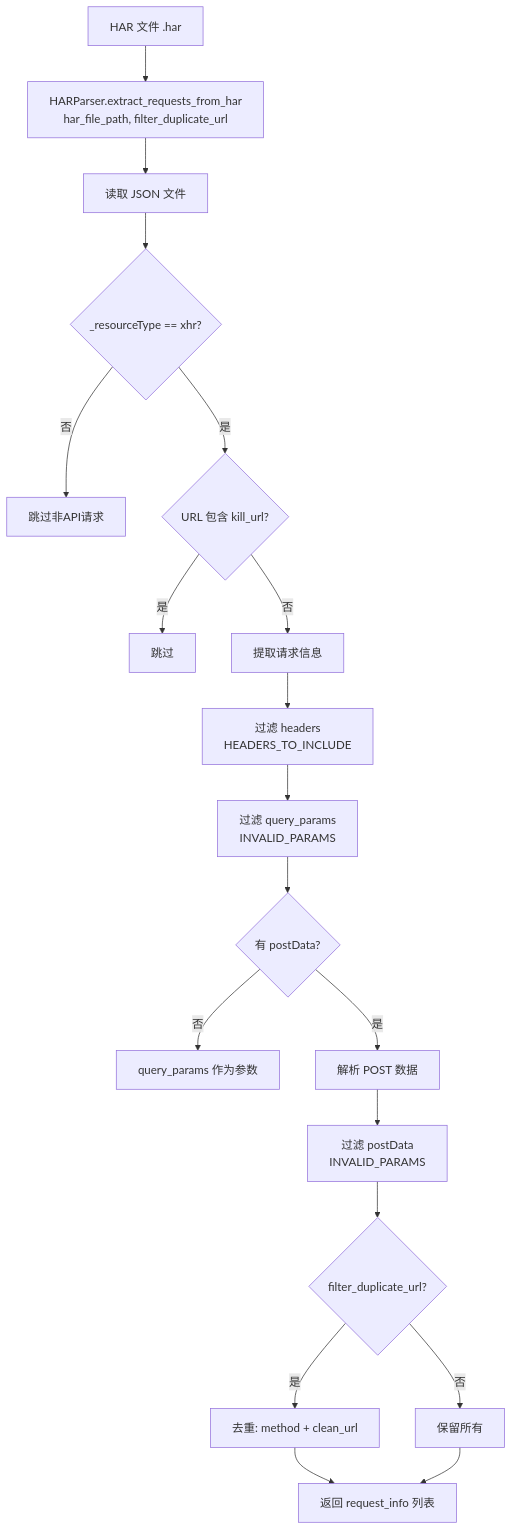
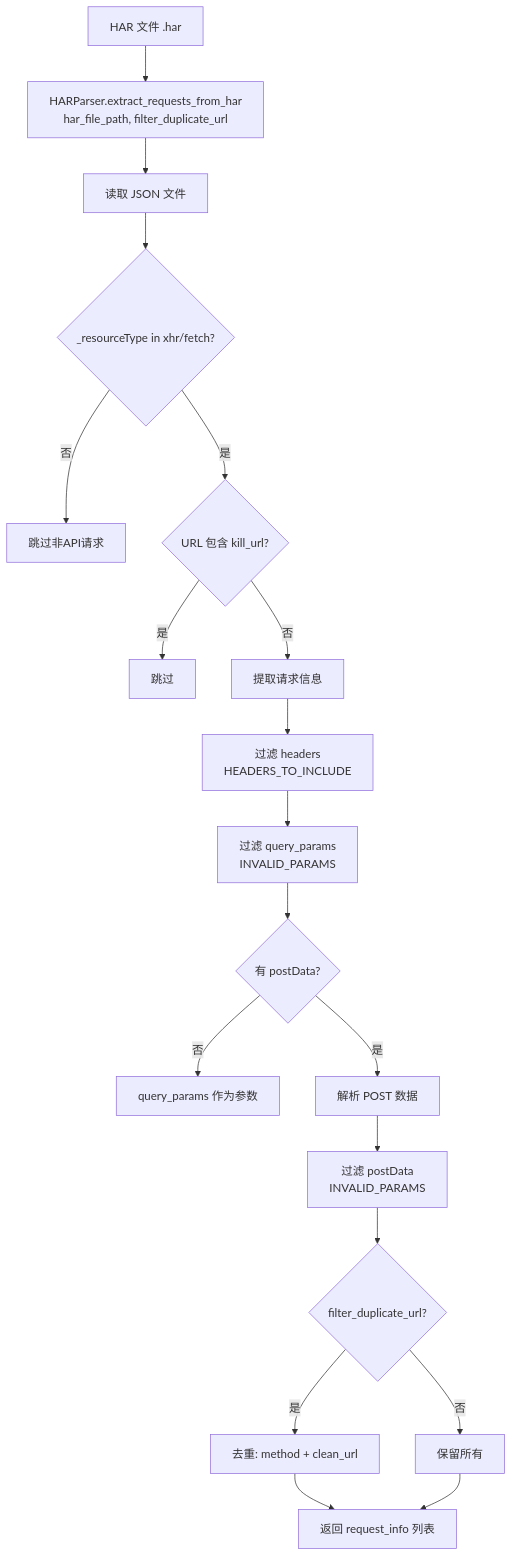
Before and after one commit to hewei198711/har2pytest: the diagram in docs/har_file_parsing.md, drawn with Mermaid. The commit also changed other lines of this file and 11 other files, not shown here.

````diff
--- a/docs/har_file_parsing.md
+++ b/docs/har_file_parsing.md
@@ -13,21 +13,21 @@
 ```mermaid
 flowchart TD
     A[HAR 文件 .har] --> B[HARParser.extract_requests_from_har<br/>har_file_path, filter_duplicate_url]
     B --> C[读取 JSON 文件]
-    C --> D{_resourceType == xhr?}
+    C --> D{_resourceType in xhr/fetch?}
     D -->|否| E[跳过非API请求]
     D -->|是| F{URL 包含 kill_url?}
     F -->|是| G[跳过]
     F -->|否| H[提取请求信息]
     H --> I[过滤 headers<br/>HEADERS_TO_INCLUDE]
     I --> J[过滤 query_params<br/>INVALID_PARAMS]
     J --> K{有 postData?}
     K -->|否| L[query_params 作为参数]
     K -->|是| M[解析 POST 数据]
     M --> N[过滤 postData<br/>INVALID_PARAMS]
     N --> O{filter_duplicate_url?}
     O -->|是| P[去重: method + clean_url]
     O -->|否| Q[保留所有]
     P --> R[返回 request_info 列表]
     Q --> R
 ```
````
